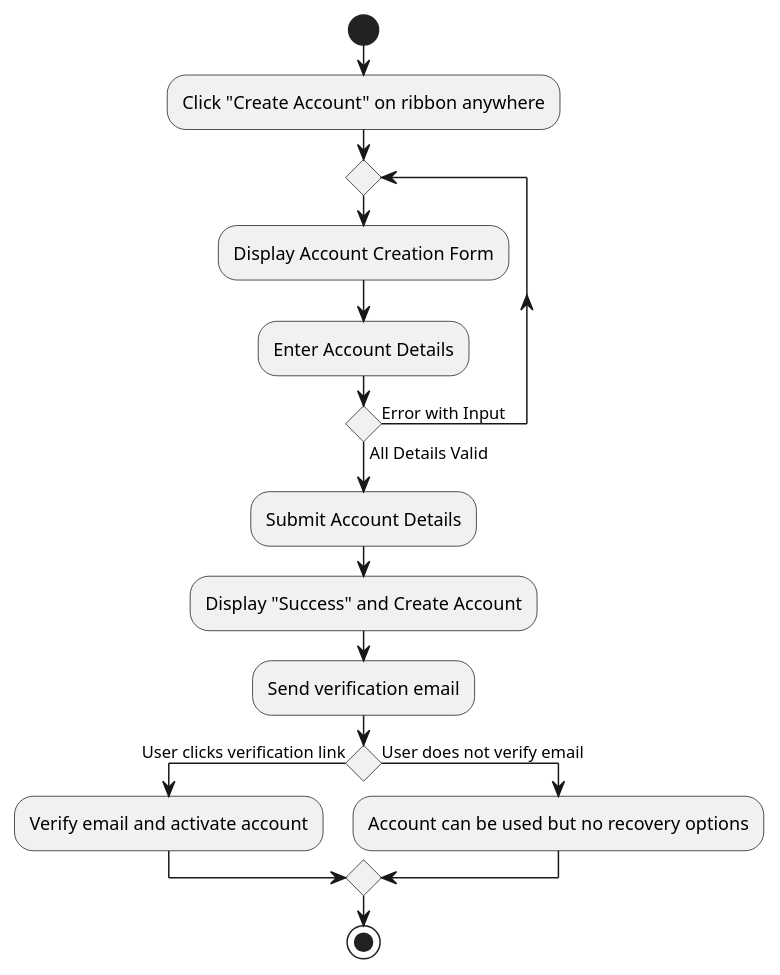
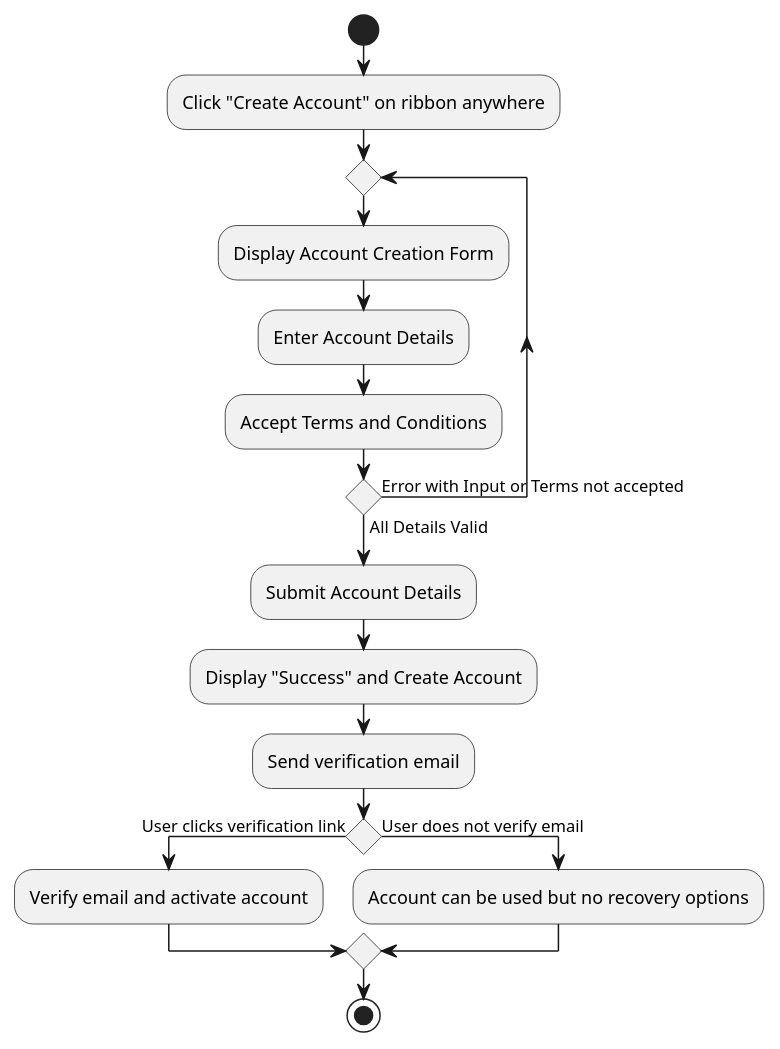
One commit to HighlyHylian/online-ecommerce-platform changed the diagram in diagrams/US-01 Activity.puml. Above: the diagram before and after it, drawn with PlantUML.

Commit message:
Address #98

```diff
--- a/diagrams/US-01 Activity.puml
+++ b/diagrams/US-01 Activity.puml
@@ -1,18 +1,19 @@
 @startuml US-01 - Account Creation Activity
 
 start
 :Click "Create Account" on ribbon anywhere;
 repeat
     :Display Account Creation Form;
     :Enter Account Details;
-repeat while () is (Error with Input) not (All Details Valid)
+    :Accept Terms and Conditions;
+repeat while () is (Error with Input or Terms not accepted) not (All Details Valid)
 :Submit Account Details;
 :Display "Success" and Create Account;
 :Send verification email;
 if () then (User clicks verification link)
     :Verify email and activate account;
 else (User does not verify email)
     :Account can be used but no recovery options;
 endif
 stop
 @enduml
```
